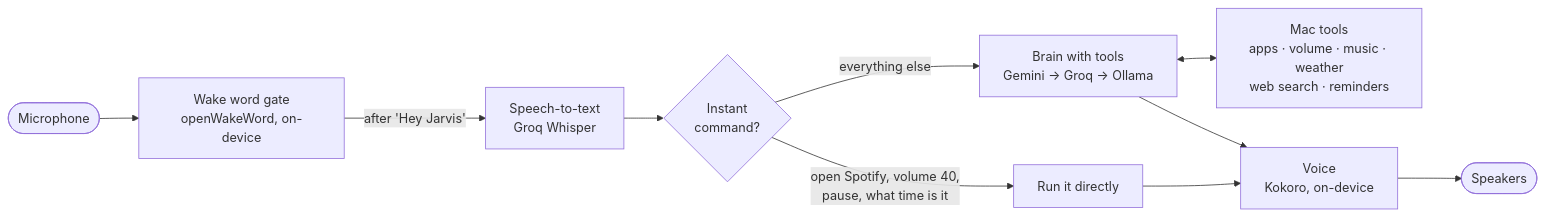
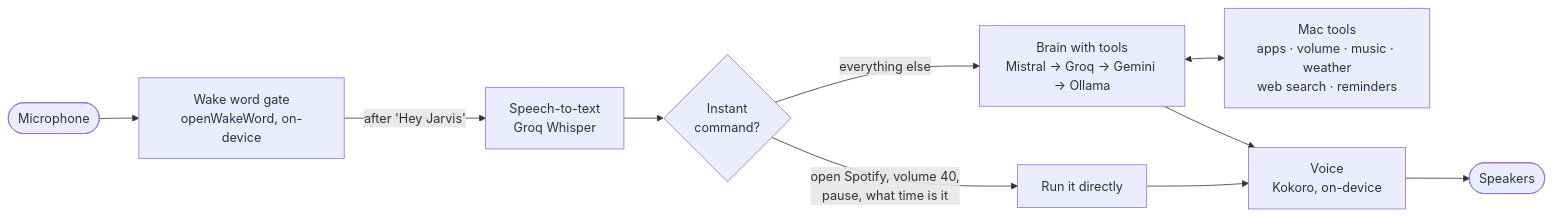
One commit to rayankhan2003/Jarvis changed the diagram in README.md. Above: the diagram before and after it, drawn with Mermaid. The commit also changed other lines of this file and 17 other files, not shown here.

````diff
--- a/README.md
+++ b/README.md
@@ -11,12 +11,12 @@
 ```mermaid
 flowchart LR
     mic([Microphone]) --> gate[Wake word gate<br/>openWakeWord, on-device]
     gate -- "after 'Hey Jarvis'" --> stt[Speech-to-text<br/>Groq Whisper]
     stt --> fast{Instant<br/>command?}
     fast -- "open Spotify, volume 40,<br/>pause, what time is it" --> act[Run it directly]
-    fast -- everything else --> brain[Brain with tools<br/>Gemini → Groq → Ollama]
+    fast -- everything else --> brain[Brain with tools<br/>Mistral → Groq → Gemini → Ollama]
     brain <--> tools[Mac tools<br/>apps · volume · music · weather<br/>web search · reminders]
     act --> tts[Voice<br/>Kokoro, on-device]
     brain --> tts
     tts --> spk([Speakers])
 ```
````
